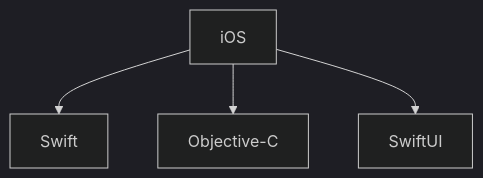
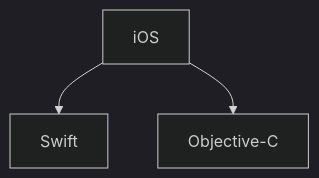
The first of 4 diagrams in README.md (Victor-A-P/Victor-A-P), drawn with Mermaid (dark theme) before and after one commit. The commit also changed other lines of this file, not shown here.

````diff
--- a/README.md
+++ b/README.md
@@ -108,6 +88,5 @@
 ```mermaid
 graph TD;
     iOS-->Swift;
     iOS-->Objective-C;
-    iOS-->SwiftUI;   
 ```
````
